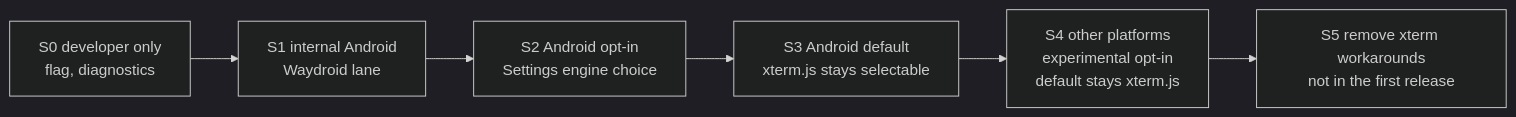
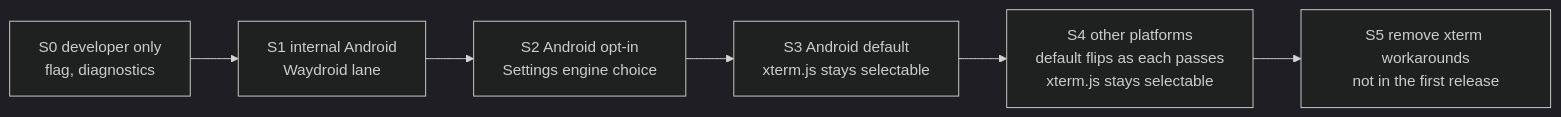
Before and after one commit to mihazs/lazysh: the diagram in docs/architecture/terminal-migration-plan.md, drawn with Mermaid (dark theme). The commit also changed other lines of this file and 1 other file, not shown here.

First line of the commit message:
docs(terminal): record that the native engine is the default wherever its surface passes

````diff
--- a/docs/architecture/terminal-migration-plan.md
+++ b/docs/architecture/terminal-migration-plan.md
@@ -87,8 +99,8 @@
 ```mermaid
 flowchart LR
   S0[S0 developer only<br/>flag, diagnostics] --> S1[S1 internal Android<br/>Waydroid lane]
   S1 --> S2[S2 Android opt-in<br/>Settings engine choice]
   S2 --> S3[S3 Android default<br/>xterm.js stays selectable]
-  S3 --> S4[S4 other platforms<br/>experimental opt-in<br/>default stays xterm.js]
+  S3 --> S4[S4 other platforms<br/>default flips as each passes<br/>xterm.js stays selectable]
   S4 --> S5[S5 remove xterm workarounds<br/>not in the first release]
 ```
````
